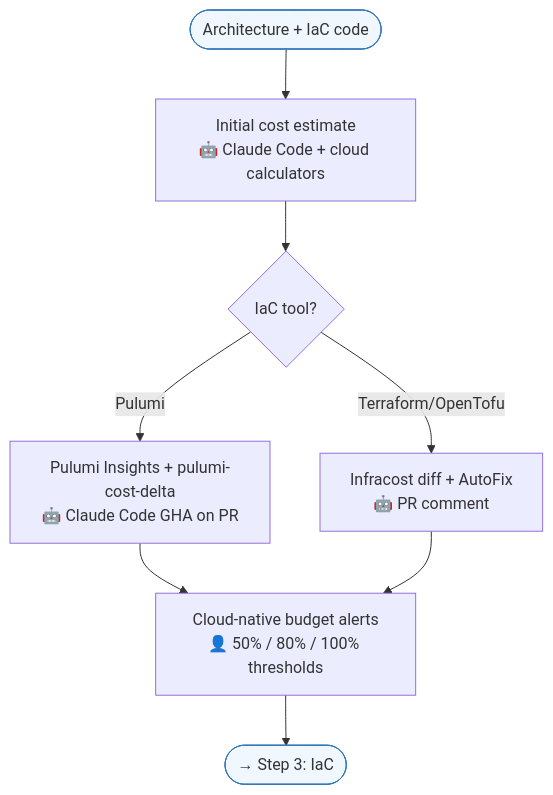
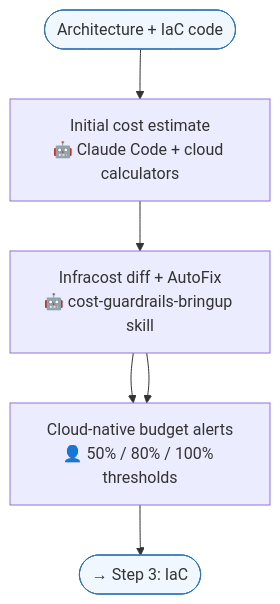
Before and after one commit to kalpat-allion/ai-dlc: the fourth of 9 diagrams in aidlc-phases/06-cicd-devops/FLOWCHART.md, drawn with Mermaid. The commit also changed other lines of this file and 39 other files, not shown here.

````diff
--- a/aidlc-phases/06-cicd-devops/FLOWCHART.md
+++ b/aidlc-phases/06-cicd-devops/FLOWCHART.md
@@ -111,14 +108,11 @@
 ```mermaid
 flowchart TD
     S2_IN([Architecture + IaC code]) --> COST
-    COST[Initial cost estimate<br/>🤖 Claude Code + cloud calculators] --> COST_PR
-    COST_PR{IaC tool?}
-    COST_PR -- Pulumi --> PULUMI_INSIGHTS[Pulumi Insights + pulumi-cost-delta<br/>🤖 Claude Code GHA on PR]
-    COST_PR -- Terraform/OpenTofu --> INFRACOST[Infracost diff + AutoFix<br/>🤖 PR comment]
-    PULUMI_INSIGHTS --> BUDGET
+    COST[Initial cost estimate<br/>🤖 Claude Code + cloud calculators] --> INFRACOST
+    INFRACOST[Infracost diff + AutoFix<br/>🤖 cost-guardrails-bringup skill] --> BUDGET
     INFRACOST --> BUDGET
     BUDGET[Cloud-native budget alerts<br/>👤 50% / 80% / 100% thresholds] --> S2_OUT([→ Step 3: IaC])
 
     style S2_IN fill:#f0f7ff,stroke:#2E75B6
     style S2_OUT fill:#f0f7ff,stroke:#2E75B6
 ```
````
